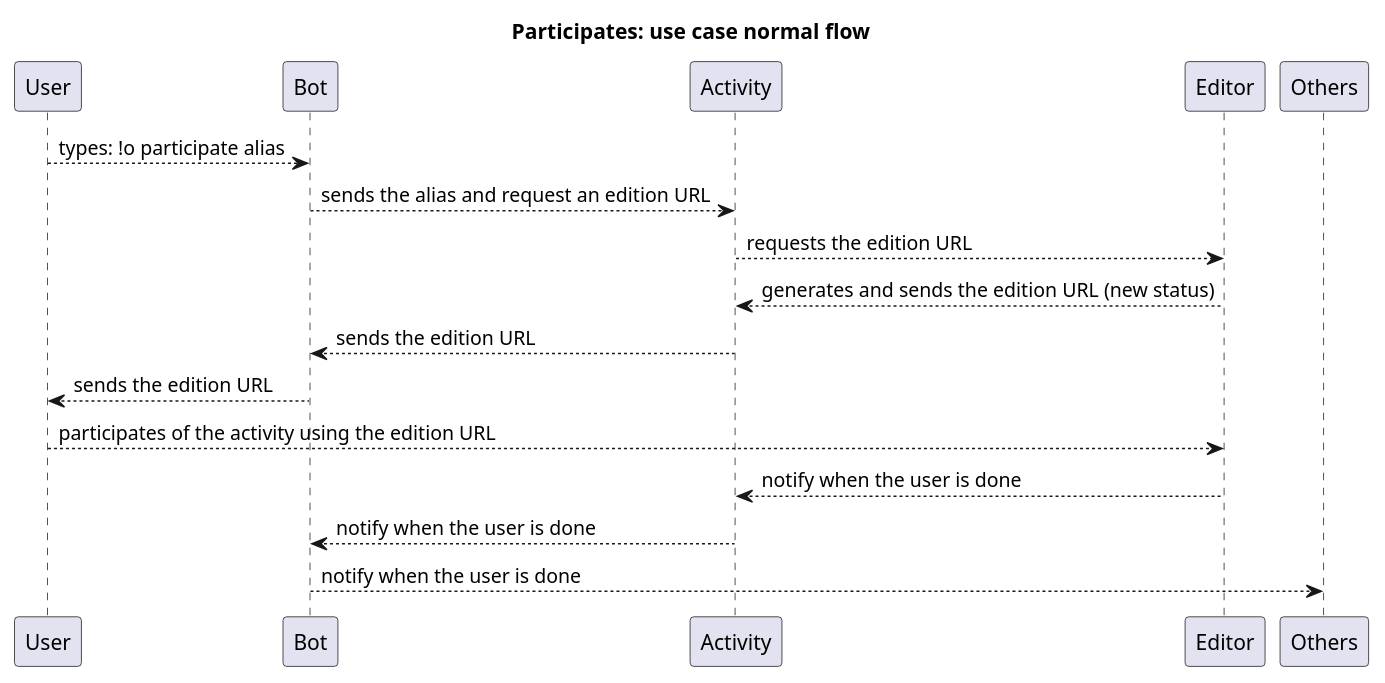
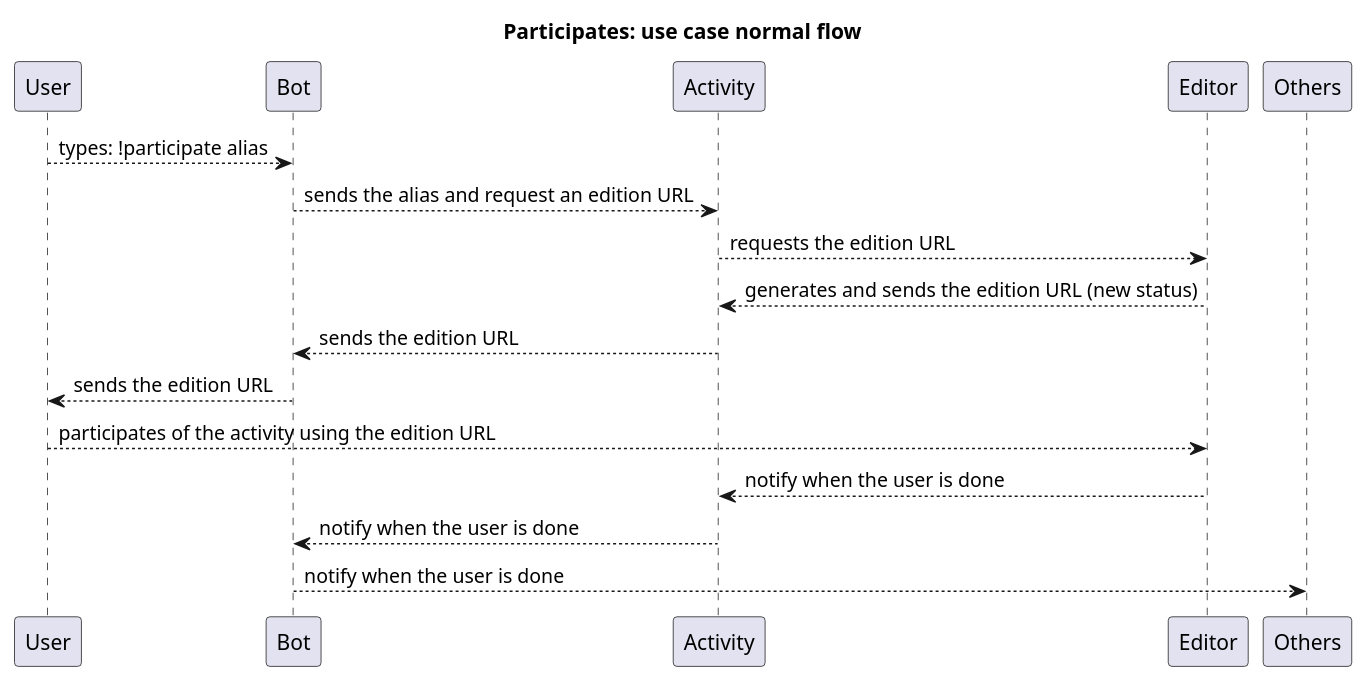
One commit to orion-services/bot changed the diagram in docs/uml/ucParticipate.puml. Above: the diagram before and after it, drawn with PlantUML. The commit also changed 8 other files, not shown here.

```diff
--- a/docs/uml/ucParticipate.puml
+++ b/docs/uml/ucParticipate.puml
@@ -1,15 +1,15 @@
 @startuml
 
 title Participates: use case normal flow
 
-User --> Bot: types: !o participate alias
+User --> Bot: types: !participate alias
 Bot --> Activity: sends the alias and request an edition URL
 Activity --> Editor: requests the edition URL
 Editor --> Activity: generates and sends the edition URL (new status)
 Activity --> Bot: sends the edition URL
 Bot --> User: sends the edition URL
 User --> Editor: participates of the activity using the edition URL
 Editor --> Activity: notify when the user is done
 Activity --> Bot: notify when the user is done
 Bot --> Others: notify when the user is done
 @enduml
```
